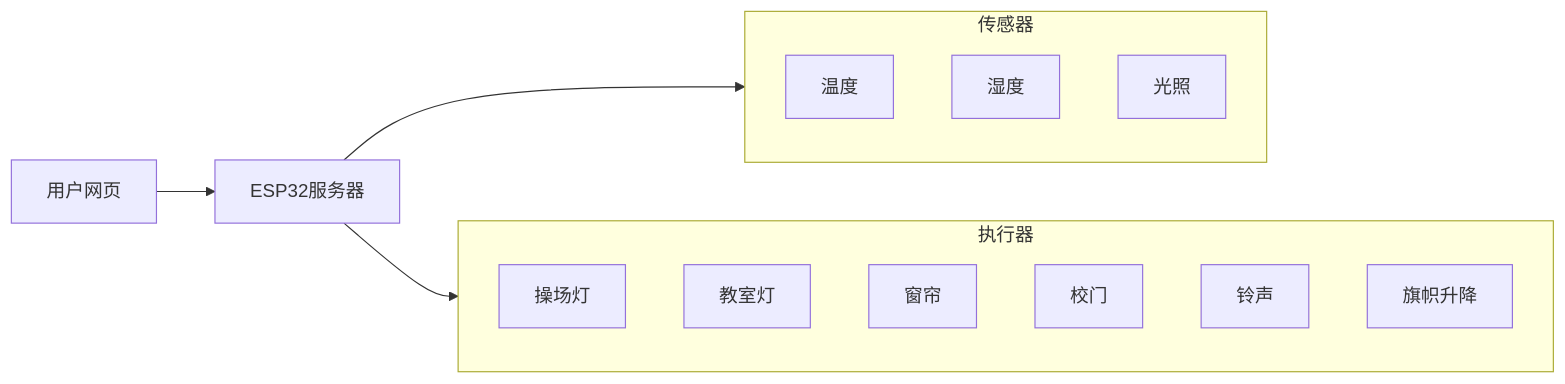
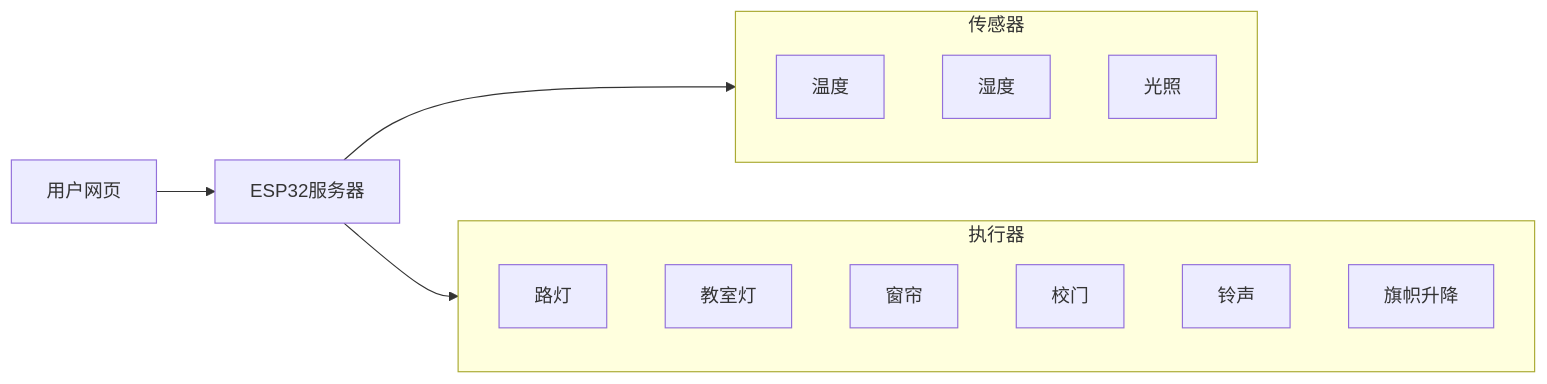
One commit to keyeswiki/KE3107-ESP32 changed the diagram in docs/4. Arduino教程/4.3 课程/课程21.md. Above: the diagram before and after it, drawn with Mermaid. The commit also changed other lines of this file and 1255 other files, not shown here.

````diff
--- a/docs/4. Arduino教程/4.3 课程/课程21.md
+++ b/docs/4. Arduino教程/4.3 课程/课程21.md
@@ -9,19 +9,19 @@
 ```mermaid
 flowchart LR
     A[用户网页] --> B[ESP32服务器]
     B --> C[传感器]
     B --> D[执行器]    
     subgraph C [传感器]
         C1[温度]
         C2[湿度]
         C3[光照]
     end    
     subgraph D [执行器]
-        D1[操场灯]
+        D1[路灯]
         D2[教室灯]
         D3[窗帘]
         D4[校门]
         D5[铃声]
         D6[旗帜升降]      
     end
 ```
````
